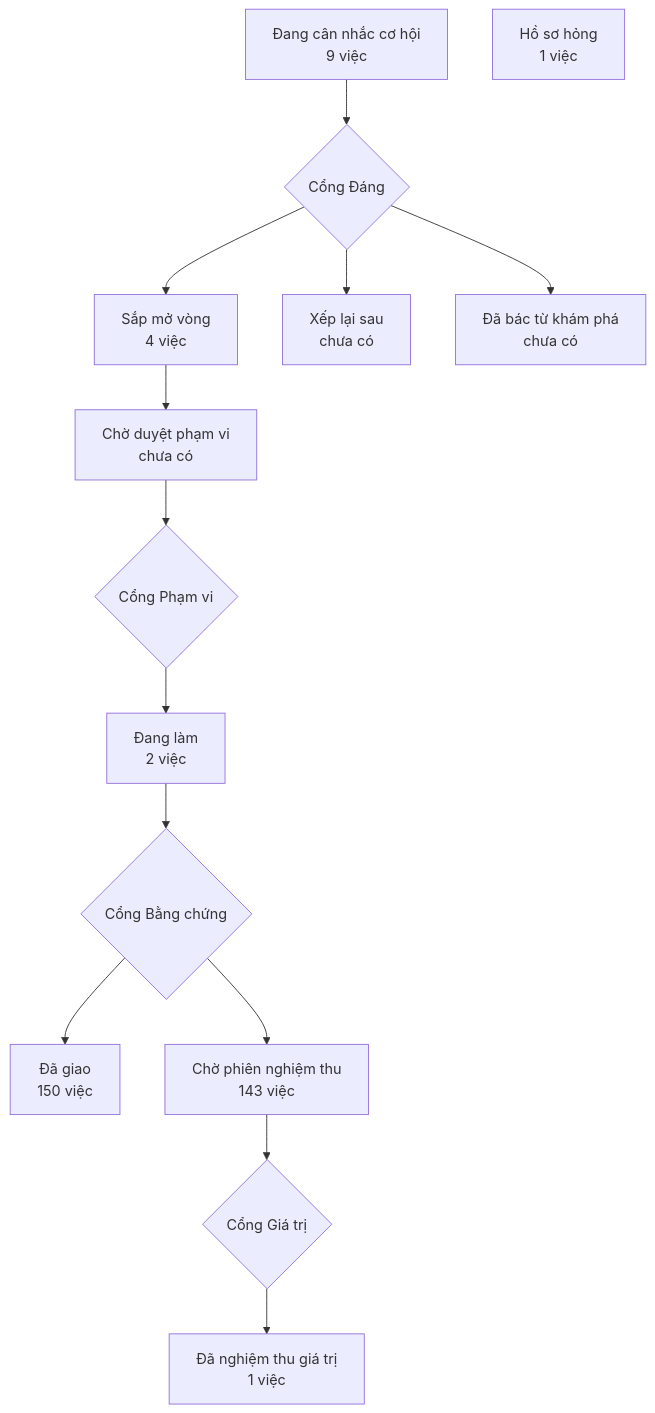
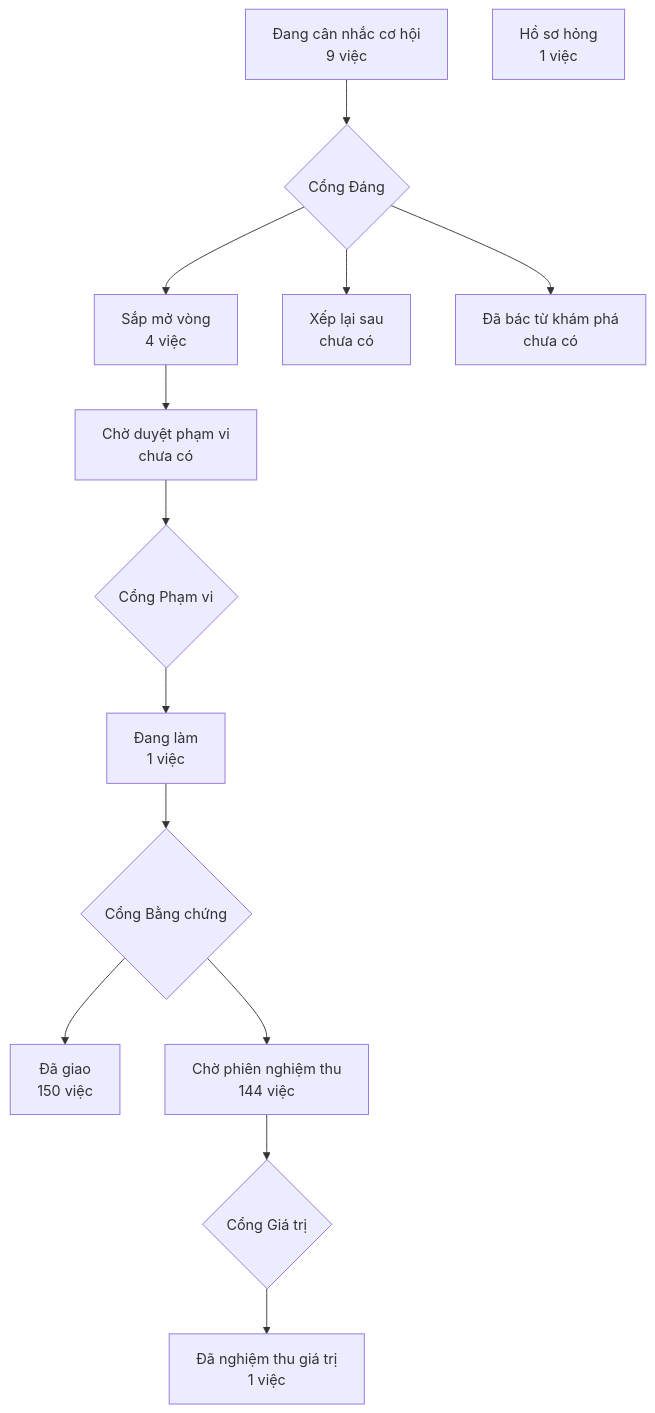
Before and after one commit to phanlemanh/crm-onehub: the diagram in PRODUCT-MAP.md, drawn with Mermaid. The commit also changed 4 other files, not shown here.

````diff
--- a/PRODUCT-MAP.md
+++ b/PRODUCT-MAP.md
@@ -7,13 +7,13 @@
 ```mermaid
 flowchart TD
   A["Đang cân nhắc cơ hội<br/>9 việc"] --> GD{"Cổng Đáng"}
   GD --> B["Sắp mở vòng<br/>4 việc"]
   GD --> XL["Xếp lại sau<br/>chưa có"]
   GD --> DB["Đã bác từ khám phá<br/>chưa có"]
   B --> CD["Chờ duyệt phạm vi<br/>chưa có"] --> GP{"Cổng Phạm vi"}
-  GP --> DL["Đang làm<br/>2 việc"] --> GB{"Cổng Bằng chứng"}
+  GP --> DL["Đang làm<br/>1 việc"] --> GB{"Cổng Bằng chứng"}
   GB --> DG["Đã giao<br/>150 việc"]
-  GB --> CN["Chờ phiên nghiệm thu<br/>143 việc"] --> GG{"Cổng Giá trị"}
+  GB --> CN["Chờ phiên nghiệm thu<br/>144 việc"] --> GG{"Cổng Giá trị"}
   GG --> NT["Đã nghiệm thu giá trị<br/>1 việc"]
   HS["Hồ sơ hỏng<br/>1 việc"]
 ```
````
